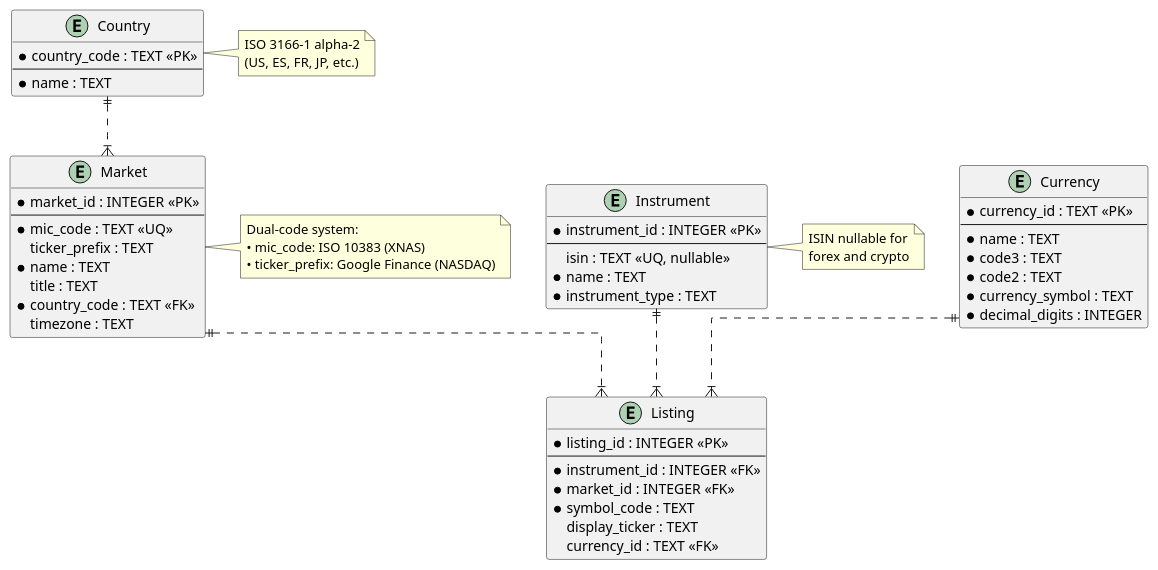
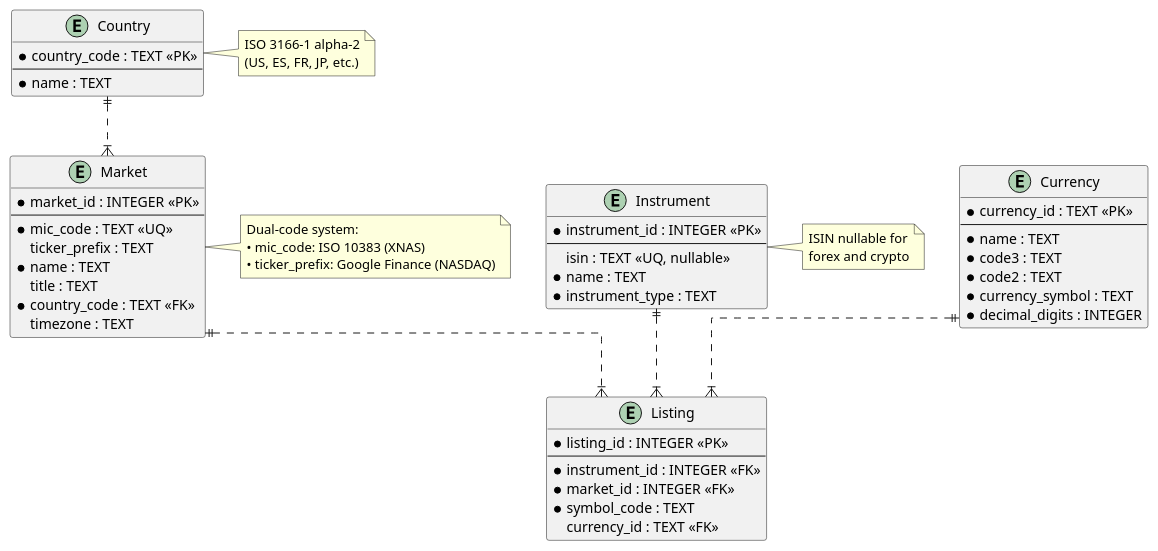
One commit to jasset75/symb0l changed the diagram in doc/diagrams/data_model.puml. Above: the diagram before and after it, drawn with PlantUML. The commit also changed 5 other files, not shown here.

```diff
--- a/doc/diagrams/data_model.puml
+++ b/doc/diagrams/data_model.puml
@@ -1,70 +1,69 @@
 @startuml DataModel
 skinparam linetype ortho
 
 entity "Country" as country {
   *country_code : TEXT <<PK>>
   --
   *name : TEXT
 }
 
 entity "Market" as market {
   *market_id : INTEGER <<PK>>
   --
   *mic_code : TEXT <<UQ>>
   ticker_prefix : TEXT
   *name : TEXT
   title : TEXT
   *country_code : TEXT <<FK>>
   timezone : TEXT
 }
 
 entity "Instrument" as instrument {
   *instrument_id : INTEGER <<PK>>
   --
   isin : TEXT <<UQ, nullable>>
   *name : TEXT
   *instrument_type : TEXT
 }
 
 entity "Listing" as listing {
   *listing_id : INTEGER <<PK>>
   --
   *instrument_id : INTEGER <<FK>>
   *market_id : INTEGER <<FK>>
   *symbol_code : TEXT
-  display_ticker : TEXT
   currency_id : TEXT <<FK>>
 }
 
 entity "Currency" as currency {
   *currency_id : TEXT <<PK>>
   --
   *name : TEXT
   *code3 : TEXT
   *code2 : TEXT
   *currency_symbol : TEXT
   *decimal_digits : INTEGER
 }
 
 country ||..|{ market
 market ||..|{ listing
 instrument ||..|{ listing
 currency ||..|{ listing
 
 note right of country
   ISO 3166-1 alpha-2
   (US, ES, FR, JP, etc.)
 end note
 
 note right of market
   Dual-code system:
   • mic_code: ISO 10383 (XNAS)
   • ticker_prefix: Google Finance (NASDAQ)
 end note
 
 note right of instrument
   ISIN nullable for
   forex and crypto
 end note
 
 @enduml
```
